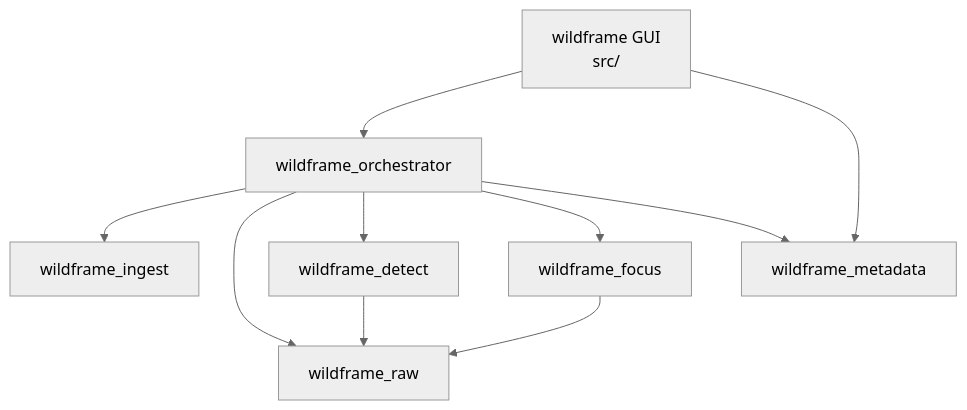
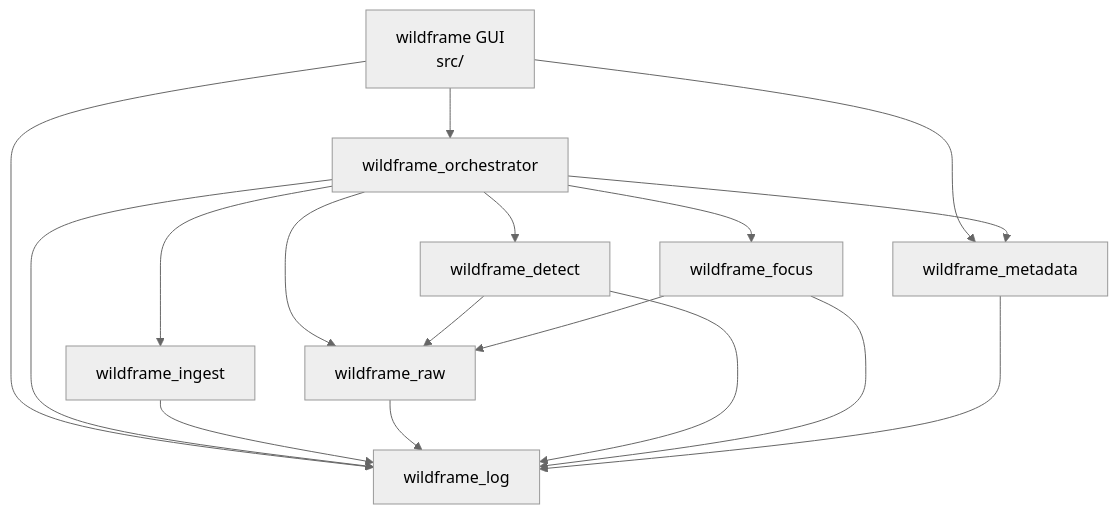
One commit to mroy113/wildframe changed the diagram in docs/ARCHITECTURE.md. Above: the diagram before and after it, drawn with Mermaid (neutral theme). The commit also changed other lines of this file and 3 other files, not shown here.

First line of the commit message:
docs: catch up architecture + CLAUDE table from 2026-04-23 review [S0-23, S0-24]

````diff
--- a/docs/ARCHITECTURE.md
+++ b/docs/ARCHITECTURE.md
@@ -27,22 +27,30 @@
 ```mermaid
 graph TD
     gui[wildframe GUI<br/>src/]
     orch[wildframe_orchestrator]
     ingest[wildframe_ingest]
     raw[wildframe_raw]
     detect[wildframe_detect]
     focus[wildframe_focus]
     metadata[wildframe_metadata]
+    log[wildframe_log]
 
     gui --> orch
     gui --> metadata
+    gui --> log
 
     orch --> ingest
     orch --> raw
     orch --> detect
     orch --> focus
     orch --> metadata
+    orch --> log
 
     detect --> raw
+    ingest --> log
+    raw --> log
+    detect --> log
+    focus --> log
+    metadata --> log
     focus --> raw
 ```
````
